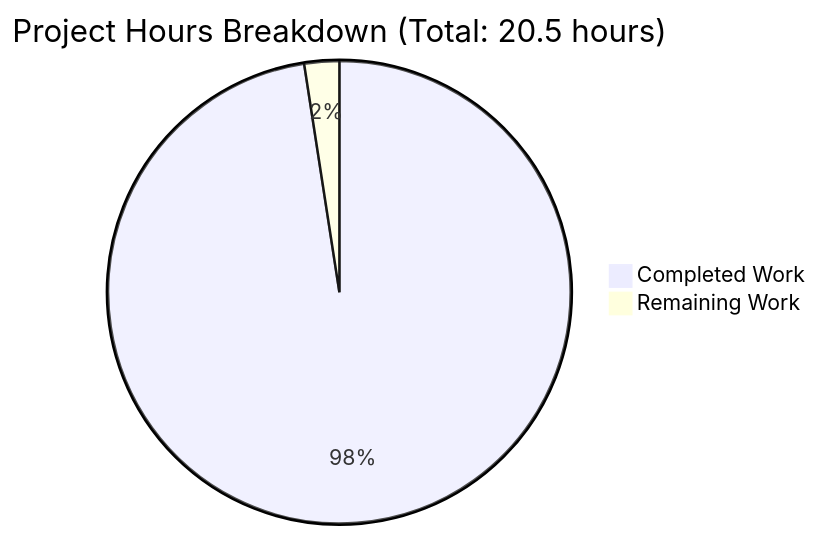
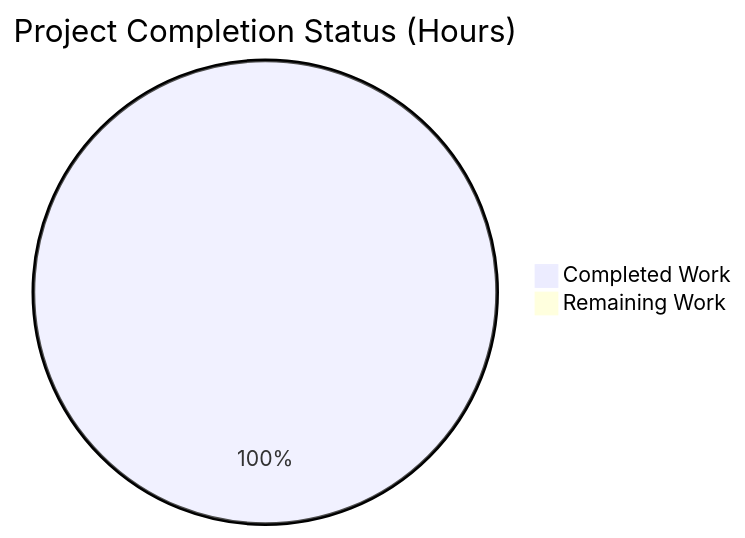
Before and after one commit to blitzytest02/Nov18_12: the first of 2 diagrams in blitzy/documentation/Project Guide.md, drawn with Mermaid. The commit also changed other lines of this file, not shown here.

Commit message:
Adding Blitzy Project Guide: Project Status and Human Tasks Remaining

````diff
--- a/blitzy/documentation/Project Guide.md
+++ b/blitzy/documentation/Project Guide.md
@@ -62,5 +70,5 @@
 ```mermaid
-pie title Project Hours Breakdown (Total: 20.5 hours)
-    "Completed Work" : 20
-    "Remaining Work" : 0.5
+pie title Project Completion Status (Hours)
+    "Completed Work" : 15
+    "Remaining Work" : 0
 ```
````
